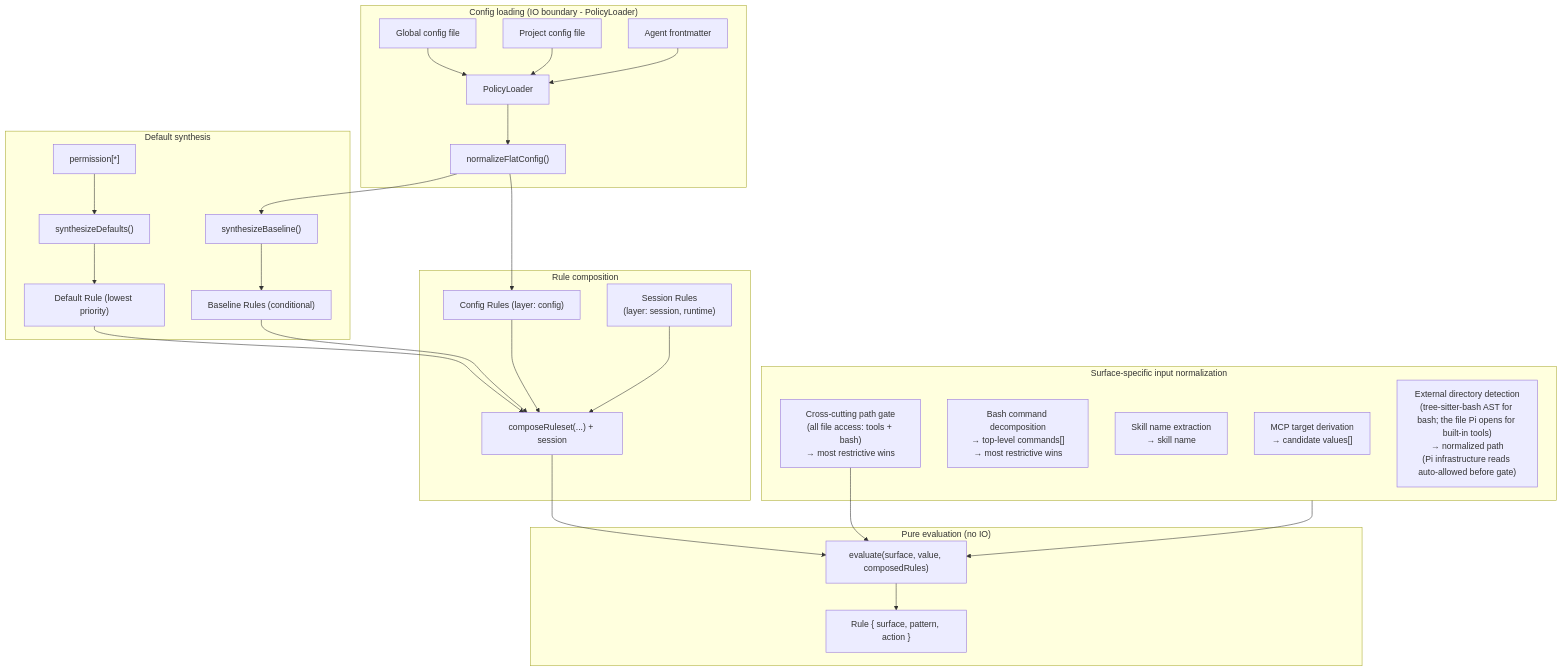
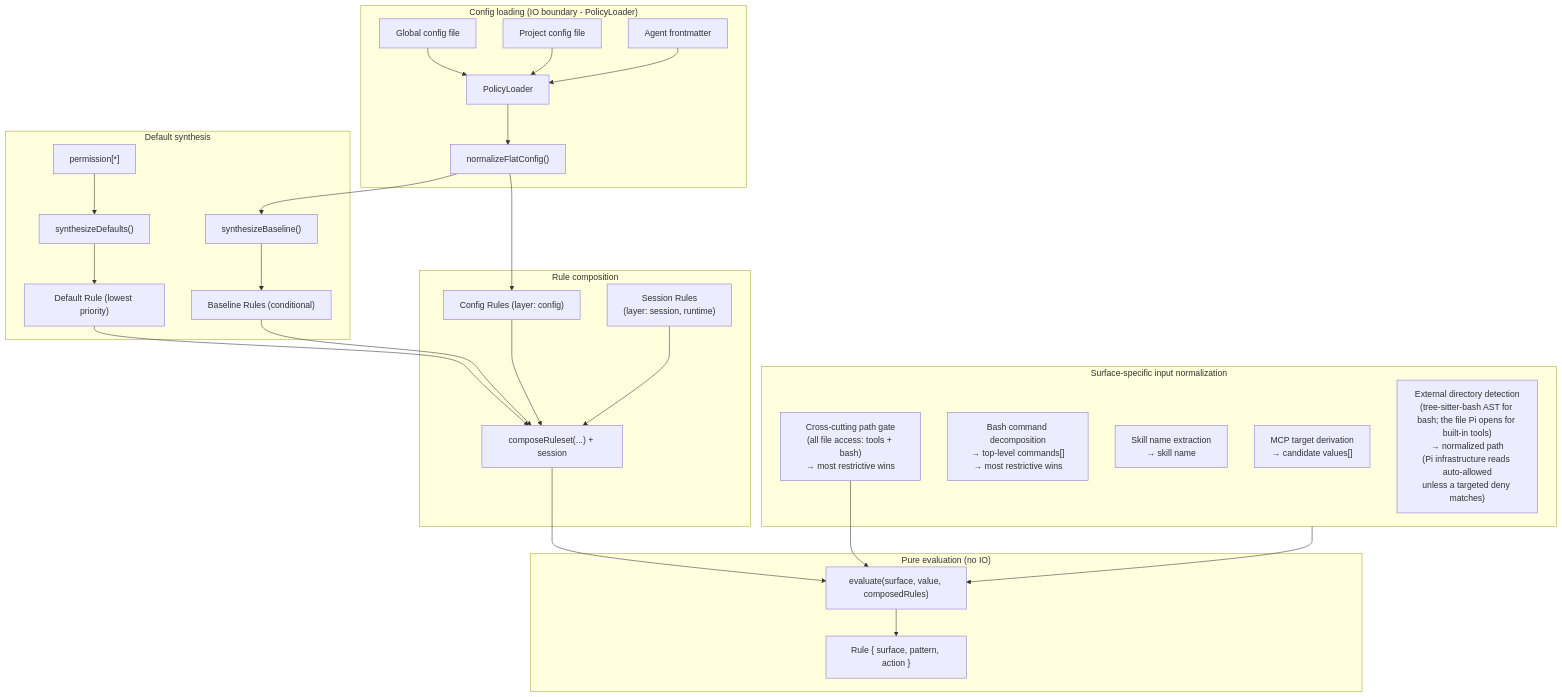
Before and after one commit to 44madfire/pi-packages: the first of 4 diagrams in packages/pi-permission-system/docs/architecture/architecture.md, drawn with Mermaid. The commit also changed other lines of this file and 4 other files, not shown here.

````diff
--- a/packages/pi-permission-system/docs/architecture/architecture.md
+++ b/packages/pi-permission-system/docs/architecture/architecture.md
@@ -255,45 +255,45 @@
 ```mermaid
 flowchart TD
     subgraph Load["Config loading (IO boundary - PolicyLoader)"]
         GF["Global config file"]
         PF["Project config file"]
         AF["Agent frontmatter"]
         GF --> PL["PolicyLoader"]
         PF --> PL
         AF --> PL
         PL --> Norm["normalizeFlatConfig()"]
     end
 
     subgraph Defaults["Default synthesis"]
         DP["permission[*]"] --> Synth["synthesizeDefaults()"]
         Synth --> DR["Default Rule (lowest priority)"]
         Norm --> BL["synthesizeBaseline()"]
         BL --> BR["Baseline Rules (conditional)"]
     end
 
     Norm --> CR["Config Rules (layer: config)"]
     SA["Session Rules<br/>(layer: session, runtime)"]
 
     subgraph Compose["Rule composition"]
         DR --> Concat["composeRuleset(...) + session"]
         BR --> Concat
         CR --> Concat
         SA --> Concat
     end
 
     subgraph Eval["Pure evaluation (no IO)"]
         Concat --> E["evaluate(surface, value, composedRules)"]
         E --> Decision["Rule { surface, pattern, action }"]
     end
 
     subgraph PreProcess["Surface-specific input normalization"]
         MCP["MCP target derivation<br/>→ candidate values[]"]
         Bash["Bash command decomposition<br/>→ top-level commands[]<br/>→ most restrictive wins"]
         Skill["Skill name extraction<br/>→ skill name"]
         PathGate["Cross-cutting path gate<br/>(all file access: tools + bash)<br/>→ most restrictive wins"]
-        ExtDir["External directory detection<br/>(tree-sitter-bash AST for bash; the file Pi opens for built-in tools)<br/>→ normalized path<br/>(Pi infrastructure reads auto-allowed before gate)"]
+        ExtDir["External directory detection<br/>(tree-sitter-bash AST for bash; the file Pi opens for built-in tools)<br/>→ normalized path<br/>(Pi infrastructure reads auto-allowed<br/>unless a targeted deny matches)"]
     end
 
     PathGate --> E
     PreProcess --> E
 ```
````
